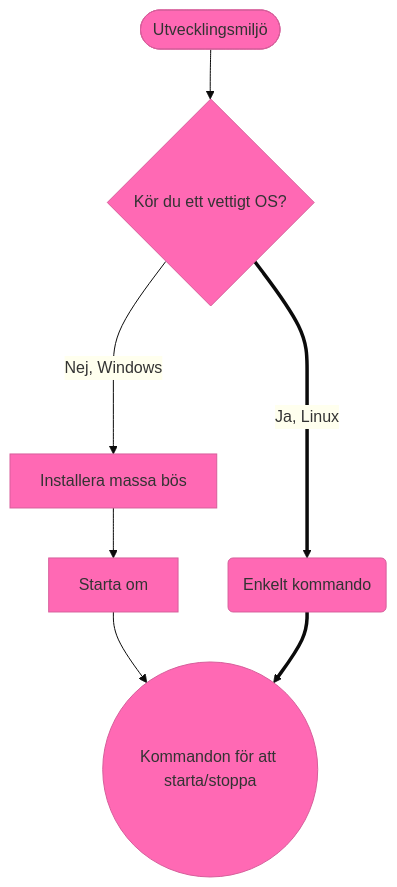
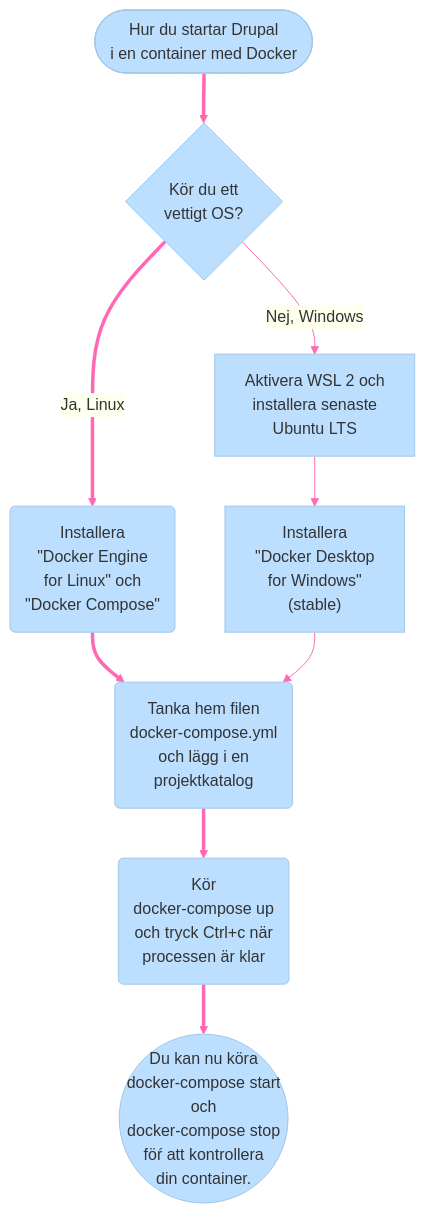
Before and after one commit to seetee/webweu01: the diagram in README.md, drawn with Mermaid.

````diff
--- a/README.md
+++ b/README.md
@@ -21,11 +21,13 @@
 ```mermaid
-%%{init: {'theme': 'base', 'themeVariables': { 'primaryColor': 'hotpink', 'edgeLabelBackground':'#ffffee', 'tertiaryColor': '#fff0f0'}}}%%
+%%{init: {'theme': 'base', 'themeVariables': { 'primaryColor': '#bddfff', 'edgeLabelBackground':'#ffffee', 'lineColor': 'hotpink', 'background':'hotpink'}}}%%
 flowchart TD
-    A([Utvecklingsmiljö]) --> B
-    B{Kör du ett vettigt OS?} -->|Nej, Windows| C
-    C[Installera massa bös] --> D
-    D[Starta om] --> F
-    B ====>|Ja, Linux| E 
-    E(Enkelt kommando) ==> F
-    F((Kommandon för att starta/stoppa))
+    start([Hur du startar Drupal <br />i en container med Docker]) ==> alla1
+    alla1 ==>|Ja, Linux| linux1 
+    linux1("Installera <br />#quot;Docker Engine <br />for Linux#quot; och <br />#quot;Docker Compose#quot;") ==> alla2
+    alla1{Kör du ett <br />vettigt OS?} -->|Nej, Windows| windows1
+    windows1[Aktivera WSL 2 och <br />installera senaste <br />Ubuntu LTS] --> windows2
+    windows2["Installera <br />#quot;Docker Desktop <br />for Windows#quot; <br />(stable)"] --> alla2
+    alla2(Tanka hem filen <br />docker-compose.yml <br />och lägg i en <br />projektkatalog) ==> alla3 
+    alla3(Kör <br />docker-compose up <br />och tryck Ctrl+c när <br />processen är klar) ==> slut
+    slut((Du kan nu köra <br />docker-compose start <br />och <br />docker-compose stop<br /> föŕ att kontrollera <br />din container.))
 ```
````
